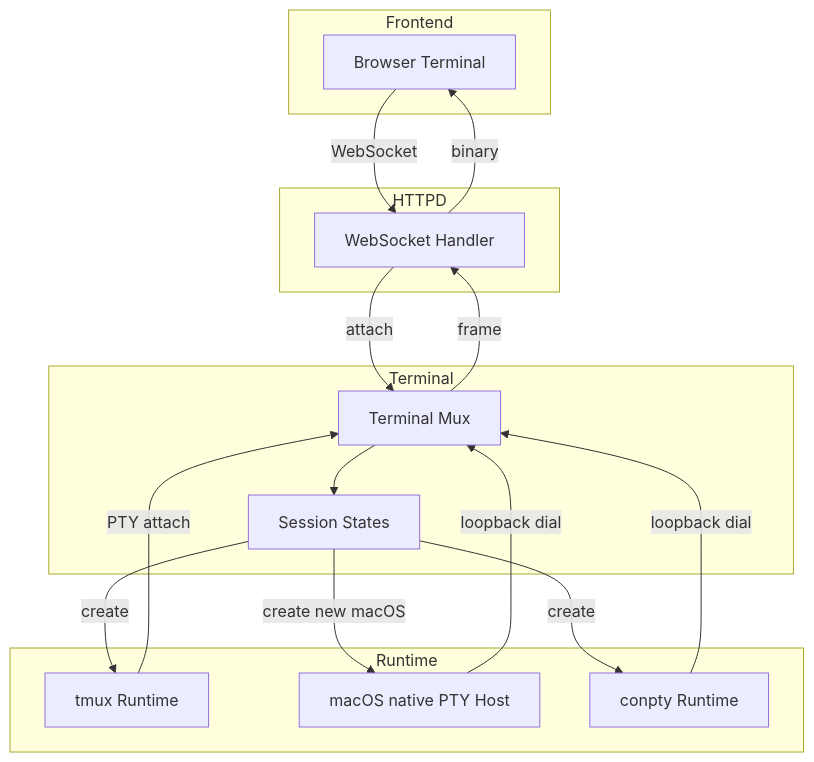
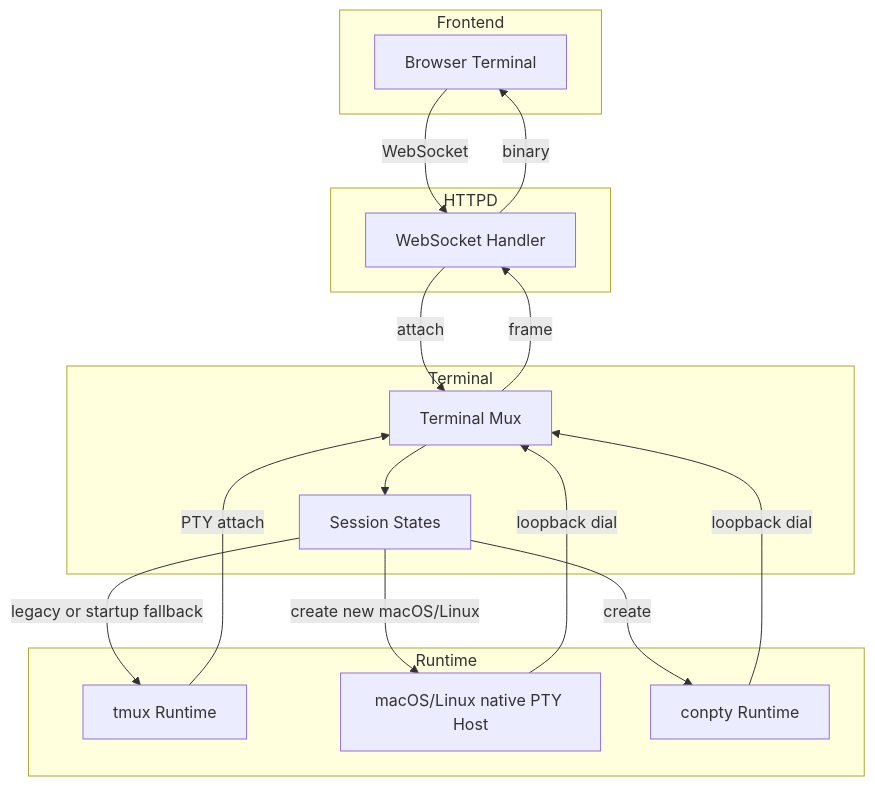
One commit to OrchestratorInc/agent-orchestrator changed diagram 23 of 24 in docs/architecture.md. Above: the diagram before and after it, drawn with Mermaid. The commit also changed other lines of this file and 48 other files, not shown here.

````diff
--- a/docs/architecture.md
+++ b/docs/architecture.md
@@ -973,36 +973,36 @@
 ```mermaid
 flowchart TD
     subgraph Frontend
         Browser[Browser Terminal]
     end
 
     subgraph HTTPD
         WS[WebSocket Handler]
     end
 
     subgraph Terminal
         Mux[Terminal Mux]
         Sessions[Session States]
     end
 
     subgraph Runtime
         TMux[tmux Runtime]
-        MacPTY[macOS native PTY Host]
+        MacPTY[macOS/Linux native PTY Host]
         ConPTY[conpty Runtime]
     end
 
     Browser -->|WebSocket| WS
     WS -->|attach| Mux
     Mux --> Sessions
-    Sessions -->|create| TMux
-    Sessions -->|create new macOS| MacPTY
+    Sessions -->|legacy or startup fallback| TMux
+    Sessions -->|create new macOS/Linux| MacPTY
     Sessions -->|create| ConPTY
 
     TMux -->|PTY attach| Mux
     MacPTY -->|loopback dial| Mux
     ConPTY -->|loopback dial| Mux
 
     Mux -->|frame| WS
     WS -->|binary| Browser
 
 ```
````
